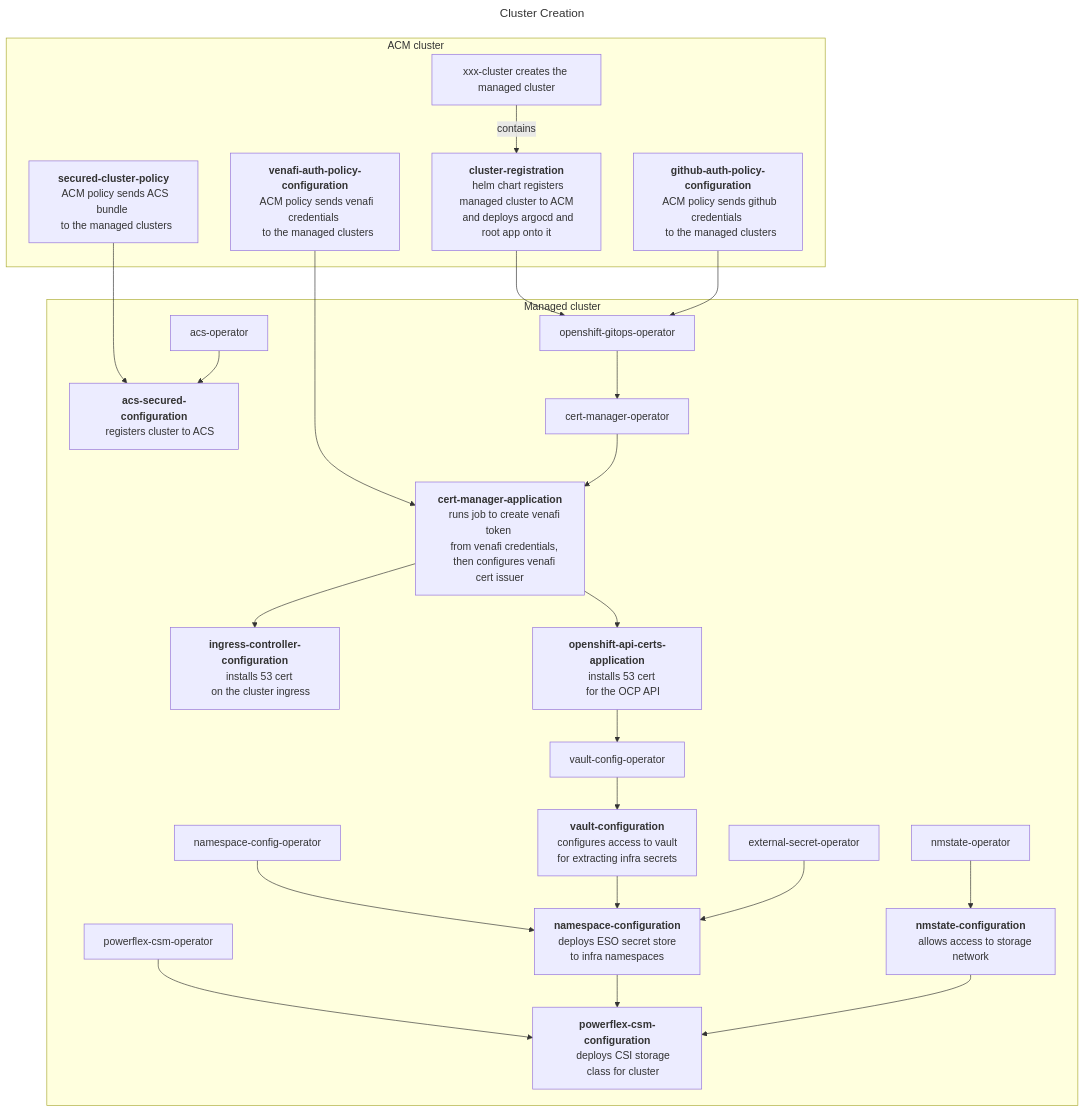
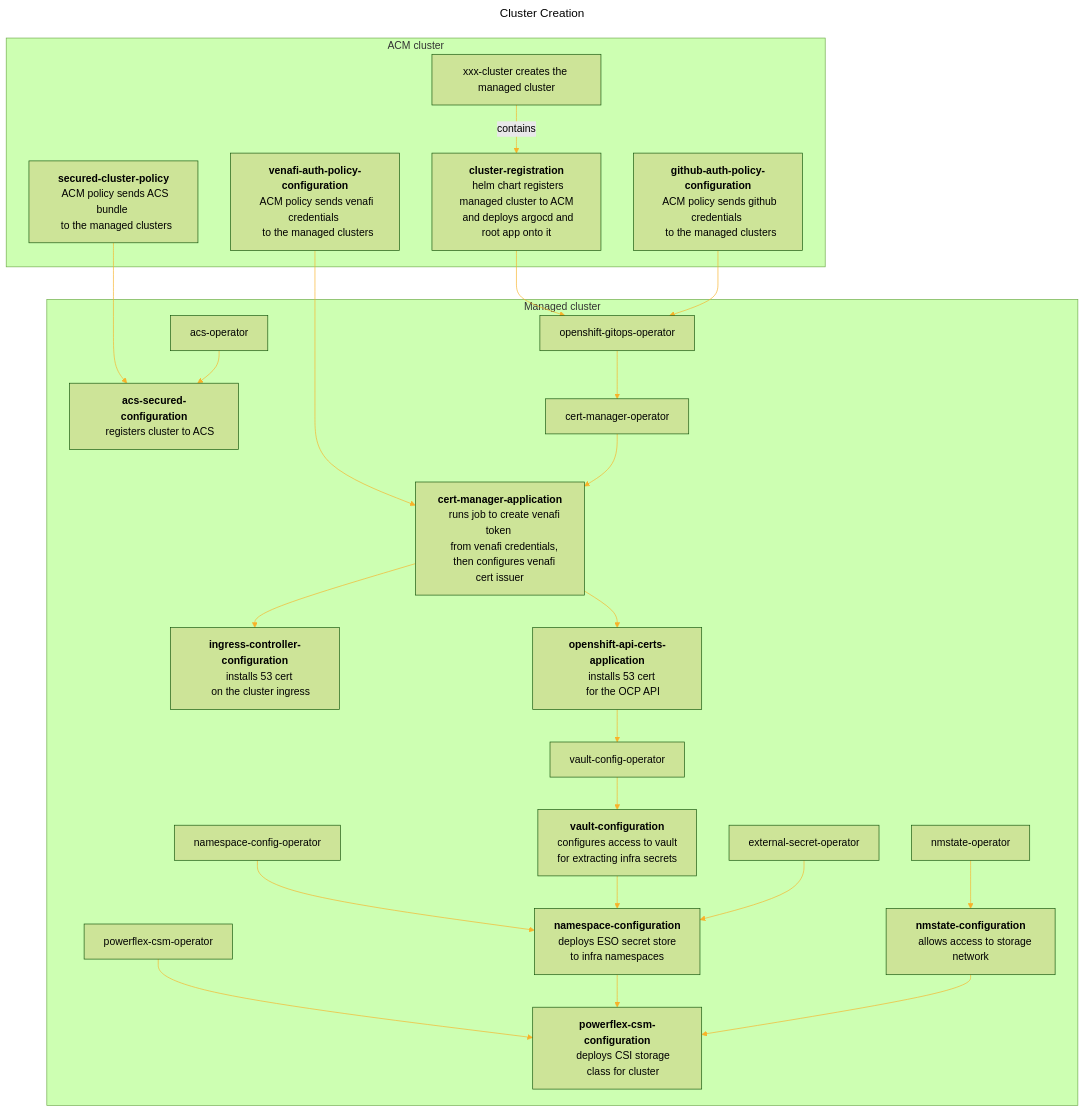
One commit to mmwillingham/acm changed the diagram in test-mermaid/test-mermaid.build.md. Above: the diagram before and after it, drawn with Mermaid.

````diff
--- a/test-mermaid/test-mermaid.build.md
+++ b/test-mermaid/test-mermaid.build.md
@@ -2,71 +2,68 @@
 ```mermaid
 ---
 title: Cluster Creation
 ---
 %%{
   init: {
     'theme': 'forest',
     'themeVariables': {
       'primaryColor': '#BB2528',
       'primaryTextColor': '#fff',
       'primaryBorderColor': '#7C0000',
       'lineColor': '#F8B229',
       'secondaryColor': '#006100',
       'tertiaryColor': '#fff'
     }
-#    'flowchart': {
-#      'htmlLabels': true
-#      }
   }
 }%%
 flowchart TD
 venafi-auth-policy-configuration --> cert-manager-application
 cluster-registration --> openshift-gitops-operator
 github-auth-policy-configuration --> openshift-gitops-operator
 secured-cluster-policy --> acs-secured-configuration
 subgraph ACM cluster
 xxx-cluster["xxx-cluster creates the managed cluster"] -- contains --> cluster-registration["<b>cluster-registration</b>
   helm chart registers managed cluster to ACM
   and deploys argocd and root app onto it"]
 venafi-auth-policy-configuration["<b>venafi-auth-policy-configuration</b>
   ACM policy sends venafi credentials 
   to the managed clusters"]
 github-auth-policy-configuration["<b>github-auth-policy-configuration</b>
   ACM policy sends github credentials 
   to the managed clusters"]
 secured-cluster-policy["<b>secured-cluster-policy</b>
   ACM policy sends ACS bundle 
   to the managed clusters"]
 end
 subgraph Managed cluster
 openshift-gitops-operator --> cert-manager-operator
 cert-manager-operator --> cert-manager-application["<b>cert-manager-application</b>
     runs job to create venafi token 
     from venafi credentials, 
     then configures venafi cert issuer"]
 cert-manager-application --> ingress-controller-configuration["<b>ingress-controller-configuration</b>
     installs 53 cert 
     on the cluster ingress"]
 cert-manager-application --> openshift-api-certs-application["<b>openshift-api-certs-application</b>
     installs 53 cert 
     for the OCP API"]    
 openshift-api-certs-application --> vault-config-operator
 vault-config-operator --> vault-configuration["<b>vault-configuration</b>
     configures access to vault 
     for extracting infra secrets"]
 nmstate-operator --> nmstate-configuration["<b>nmstate-configuration</b>
     allows access to storage network"]
 namespace-config-operator --> namespace-configuration["<b>namespace-configuration</b>
     deploys ESO secret store 
     to infra namespaces"]
 vault-configuration --> namespace-configuration
 external-secret-operator --> namespace-configuration
 powerflex-csm-operator --> powerflex-csm-configuration["<b>powerflex-csm-configuration</b>
     deploys CSI storage
     class for cluster"]
 namespace-configuration --> powerflex-csm-configuration
 nmstate-configuration --> powerflex-csm-configuration
 acs-operator --> acs-secured-configuration["<b>acs-secured-configuration</b>
     registers cluster to ACS"]    
 end
 ```
````
